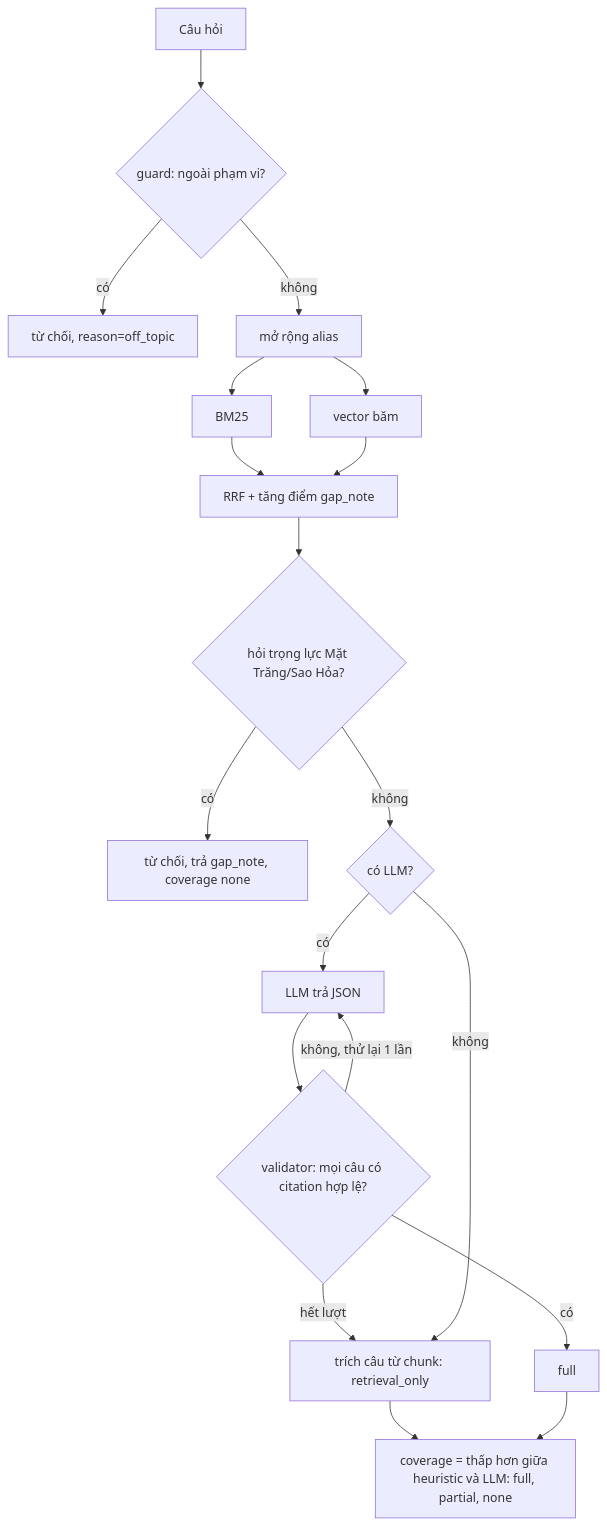
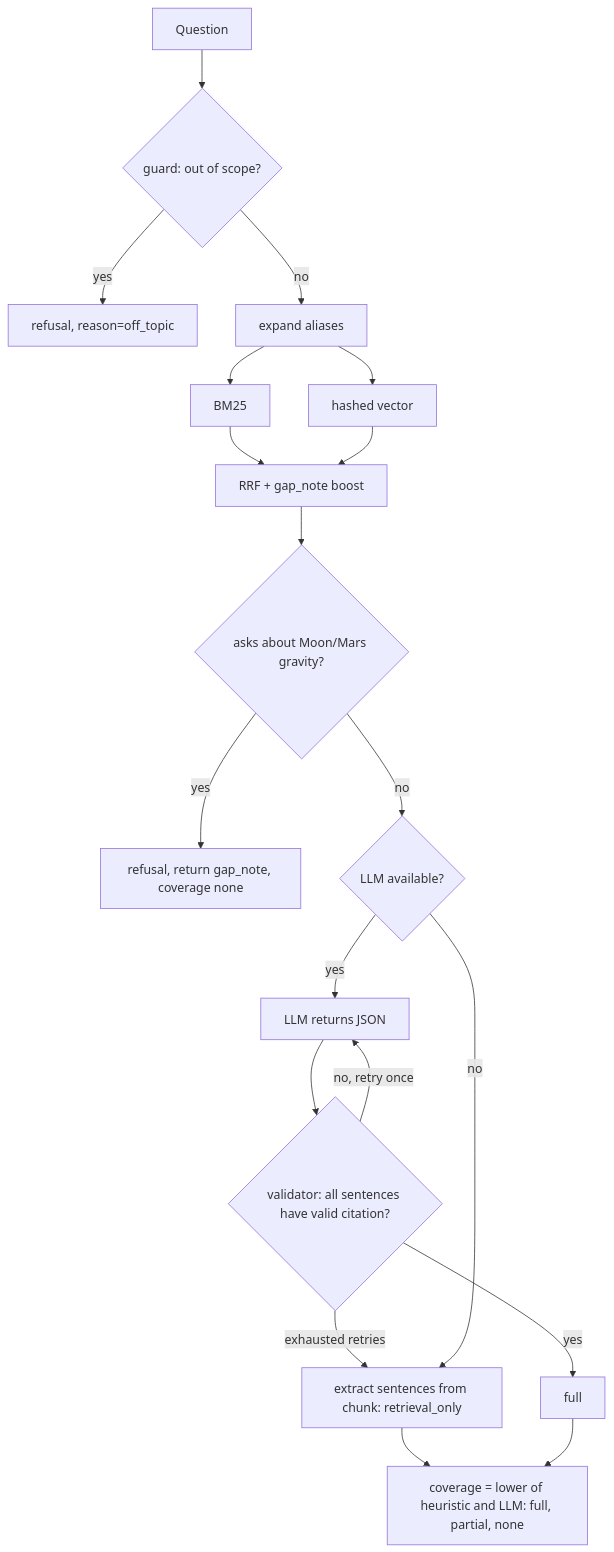
The diagram in playbook-rag/README.md (bachkhmt/TourbillionSG-FlameInFreefall), drawn with Mermaid before and after one commit. The commit also changed other lines of this file and 53 other files, not shown here.

````diff
--- a/playbook-rag/README.md
+++ b/playbook-rag/README.md
@@ -55,16 +54,16 @@
 ```mermaid
 flowchart TB
-  Q[Câu hỏi] --> G{guard: ngoài phạm vi?}
-  G -- có --> R1[từ chối, reason=off_topic]
-  G -- không --> X[mở rộng alias] --> B[BM25] & V[vector băm]
-  B & V --> F[RRF + tăng điểm gap_note]
-  F --> GAP{hỏi trọng lực Mặt Trăng/Sao Hỏa?}
-  GAP -- có --> R2[từ chối, trả gap_note, coverage none]
-  GAP -- không --> L{có LLM?}
-  L -- có --> J[LLM trả JSON] --> VAL{validator: mọi câu có citation hợp lệ?}
-  VAL -- không, thử lại 1 lần --> J
-  VAL -- hết lượt --> E
-  L -- không --> E[trích câu từ chunk: retrieval_only]
-  VAL -- có --> O[full]
-  E & O --> C["coverage = thấp hơn giữa heuristic và LLM: full, partial, none"]
+  Q[Question] --> G{guard: out of scope?}
+  G -- yes --> R1[refusal, reason=off_topic]
+  G -- no --> X[expand aliases] --> B[BM25] & V[hashed vector]
+  B & V --> F[RRF + gap_note boost]
+  F --> GAP{asks about Moon/Mars gravity?}
+  GAP -- yes --> R2[refusal, return gap_note, coverage none]
+  GAP -- no --> L{LLM available?}
+  L -- yes --> J[LLM returns JSON] --> VAL{validator: all sentences have valid citation?}
+  VAL -- no, retry once --> J
+  VAL -- exhausted retries --> E
+  L -- no --> E[extract sentences from chunk: retrieval_only]
+  VAL -- yes --> O[full]
+  E & O --> C["coverage = lower of heuristic and LLM: full, partial, none"]
 ```
````
